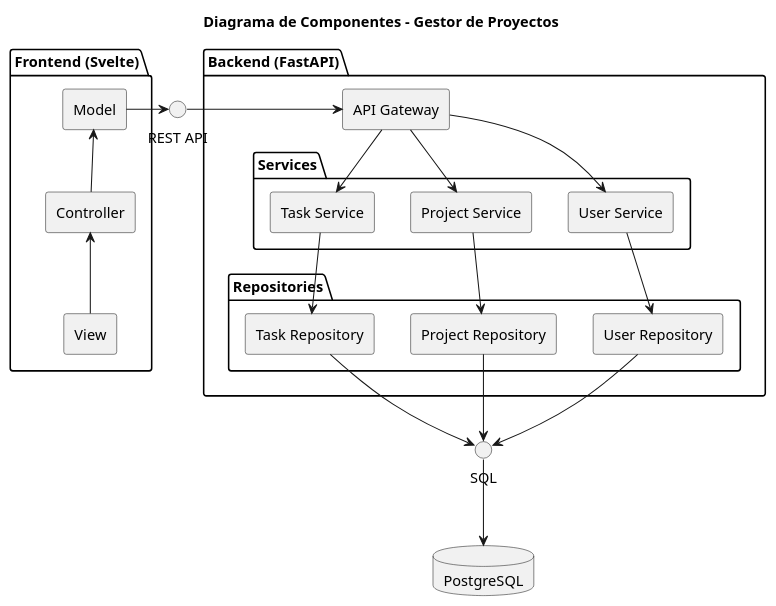
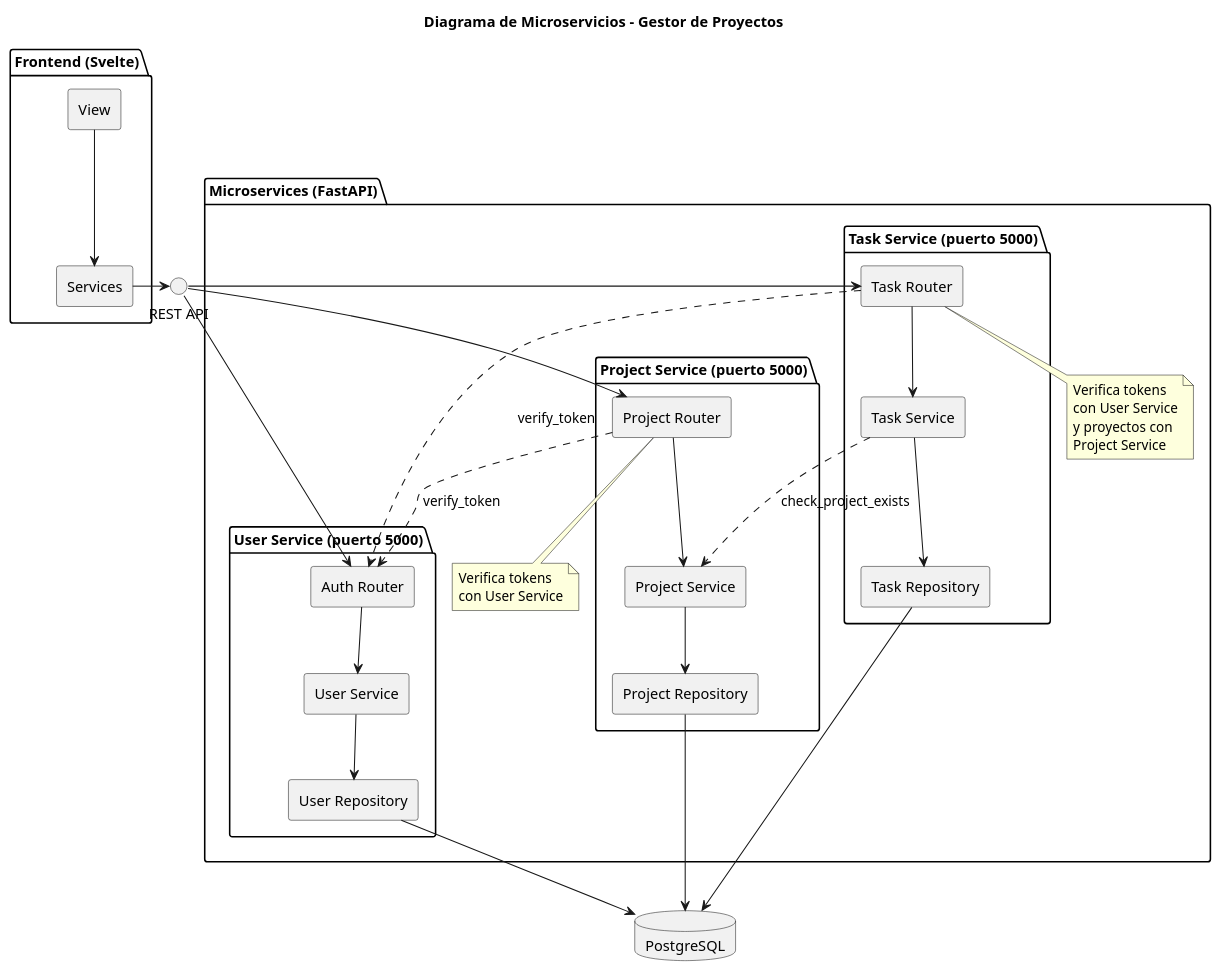
The diagram in docs/arquitectura.md (PedroScheeffer/demo_ANDIS2), drawn with PlantUML before and after one commit. The commit also changed other lines of this file and 17 other files, not shown here.

```diff
--- a/docs/arquitectura.md
+++ b/docs/arquitectura.md
@@ -1,56 +1,68 @@
 @startuml
 
 skinparam componentStyle rectangle
 skinparam backgroundColor white
 skinparam shadowing false
 
-title Diagrama de Componentes - Gestor de Proyectos
+title Diagrama de Microservicios - Gestor de Proyectos
 
 package "Frontend (Svelte)" {
     component "View" as view
-    component "Controller" as controller
-    component "Model" as model
-    
-    view -up-> controller
-    controller -up-> model
+    component "Services" as fe_services
+
+    view --> fe_services
 }
 
-package "Backend (FastAPI)" {
-    component "API Gateway" as api
-    
-    package "Services" {
+package "Microservices (FastAPI)" {
+    package "User Service (puerto 5000)" {
+        component "Auth Router" as auth_router
         component "User Service" as s_user
+        component "User Repository" as r_user
+
+        auth_router --> s_user
+        s_user --> r_user
+    }
+
+    package "Project Service (puerto 5000)" {
+        component "Project Router" as proj_router
         component "Project Service" as s_project
+        component "Project Repository" as r_project
+
+        proj_router --> s_project
+        s_project --> r_project
+    }
+
+    package "Task Service (puerto 5000)" {
+        component "Task Router" as task_router
         component "Task Service" as s_task
+        component "Task Repository" as r_task
+
+        task_router --> s_task
+        s_task --> r_task
     }
-    
-    package "Repositories" {
-        component "User Repository" as r_user
-        component "Project Repository" as r_project
-        component "Task Repository" as r_task
-    }
-    
-    api --> s_user
-    api --> s_project
-    api --> s_task
-    
-    s_user --> r_user
-    s_project --> r_project
-    s_task --> r_task
+
+    note bottom of proj_router : Verifica tokens\ncon User Service
+    note bottom of task_router : Verifica tokens\ncon User Service\ny proyectos con\nProject Service
 }
 
 database "PostgreSQL" as db
 
 ' Interfaces
 interface "REST API" as rest
-interface "SQL" as sql
 
-' Connections
-model -right-> rest
-rest -right-> api
-r_user -down-> sql
-r_project -down-> sql
-r_task -down-> sql
-sql -down-> db
+' Inter-service communication
+proj_router ..> auth_router : verify_token
+task_router ..> auth_router : verify_token
+s_task ..> s_project : check_project_exists
+
+' External connections
+fe_services -right-> rest
+rest -right-> auth_router
+rest -right-> proj_router
+rest -right-> task_router
+
+r_user -down-> db
+r_project -down-> db
+r_task -down-> db
 
 @enduml
```
